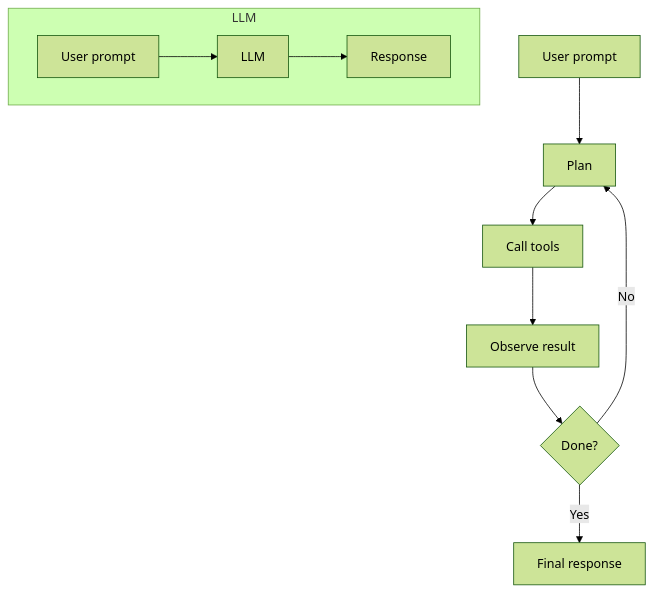
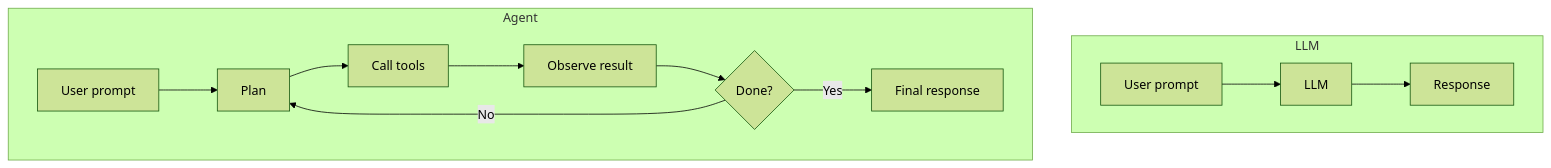
One commit to jpraychev/youtube changed the third of 6 diagrams in 001/README.md. Above: the diagram before and after it, drawn with Mermaid (forest theme).

````diff
--- a/001/README.md
+++ b/001/README.md
@@ -90,14 +90,16 @@
 ```mermaid
 flowchart TD
     subgraph LLM
         P1[User prompt] --> P2[LLM]
         P2 --> P3[Response]
     end
 
-    A1[User prompt] --> A2[Plan]
-    A2 --> A3[Call tools]
-    A3 --> A4[Observe result]
-    A4 --> A5{Done?}
-    A5 -->|No| A2
-    A5 -->|Yes| A6[Final response]
+    subgraph Agent
+        A1[User prompt] --> A2[Plan]
+        A2 --> A3[Call tools]
+        A3 --> A4[Observe result]
+        A4 --> A5{Done?}
+        A5 -->|No| A2
+        A5 -->|Yes| A6[Final response]
+    end
 ```
````
